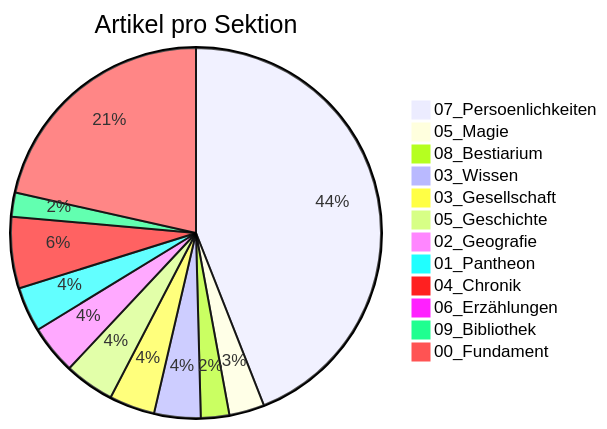
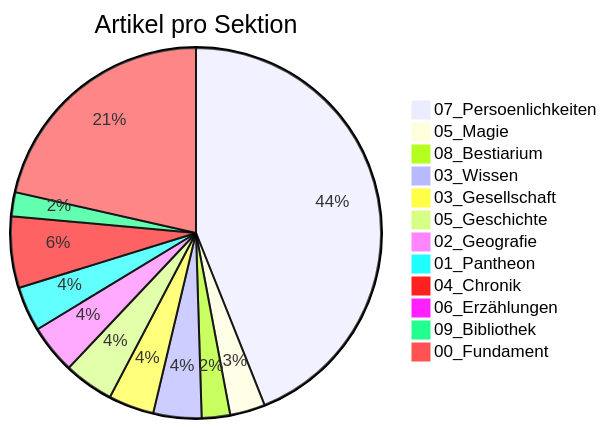
The diagram in docs/Siebenwind_Wiki/10_Archiv/Wiki_Statistiken.md (Siebenwind/7w_wiki), drawn with Mermaid before and after one commit. The commit also changed other lines of this file and 75 other files, not shown here.

````diff
--- a/docs/Siebenwind_Wiki/10_Archiv/Wiki_Statistiken.md
+++ b/docs/Siebenwind_Wiki/10_Archiv/Wiki_Statistiken.md
@@ -39,15 +39,15 @@
 ```mermaid
 pie title Artikel pro Sektion
     "07_Persoenlichkeiten" : 586
     "05_Magie" : 41
     "08_Bestiarium" : 33
-    "03_Wissen" : 54
+    "03_Wissen" : 56
     "03_Gesellschaft" : 53
     "05_Geschichte" : 58
     "02_Geografie" : 57
     "01_Pantheon" : 52
     "04_Chronik" : 83
     "06_Erzählungen" : 13
     "09_Bibliothek" : 28
     "00_Fundament" : 286
 ```
````
